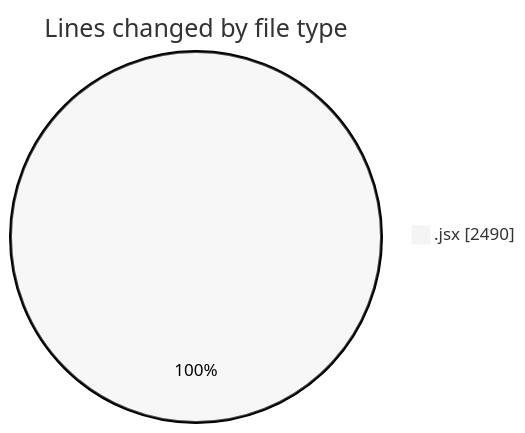
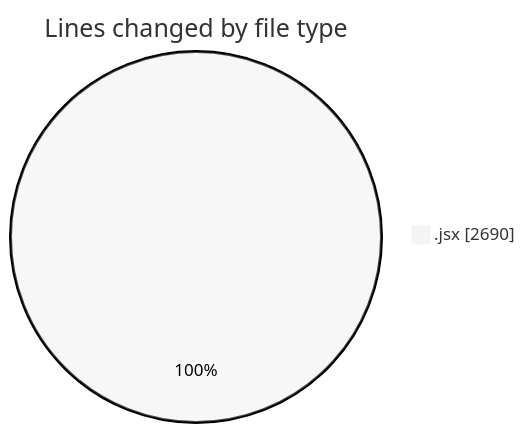
Before and after one commit to nxtqubesakshisongat/code-tracking: the first of 2 diagrams in 2025-09-29/nxtqube_webapp/README.md, drawn with Mermaid (neutral theme). The commit also changed other lines of this file and 1 other file, not shown here.

````diff
--- a/2025-09-29/nxtqube_webapp/README.md
+++ b/2025-09-29/nxtqube_webapp/README.md
@@ -20,5 +20,5 @@
 ```mermaid
 pie showData
 title Lines changed by file type
-".jsx" : 2490
+".jsx" : 2690
 ```
````
